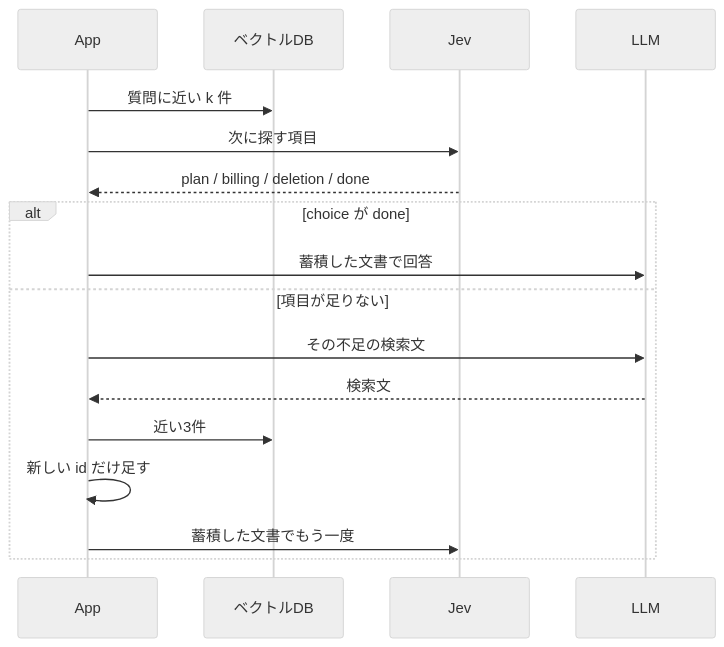
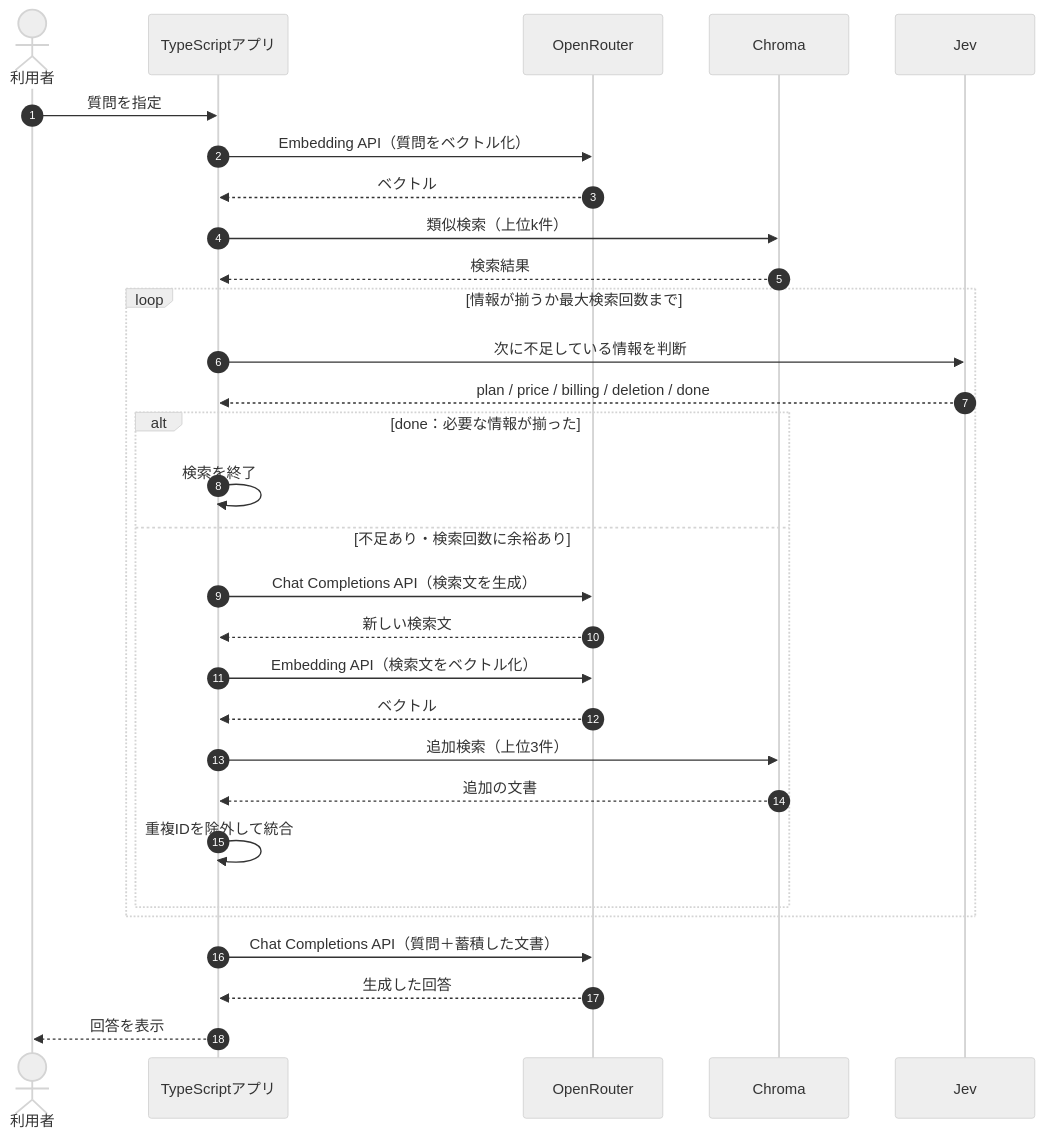
The diagram in books/cd019af39edb03/14-hop.md (kouji0705/rag-study), drawn with Mermaid (neutral theme) before and after one commit. The commit also changed other lines of this file and 18 other files, not shown here.

````diff
--- a/books/cd019af39edb03/14-hop.md
+++ b/books/cd019af39edb03/14-hop.md
@@ -27,19 +38,36 @@
-```mermaid
+```mermaid:
 sequenceDiagram
-    participant App
-    participant DB as ベクトルDB
-    participant Jev
-    participant LLM
-    App->>DB: 質問に近い k 件
-    App->>Jev: 次に探す項目
-    Jev-->>App: plan / billing / deletion / done
-    alt choice が done
-        App->>LLM: 蓄積した文書で回答
-    else 項目が足りない
-        App->>LLM: その不足の検索文
-        LLM-->>App: 検索文
-        App->>DB: 近い3件
-        App->>App: 新しい id だけ足す
-        App->>Jev: 蓄積した文書でもう一度
+    autonumber
+    actor User as 利用者
+    participant App as TypeScriptアプリ
+    participant OR as OpenRouter
+    participant DB as Chroma
+    participant Jev as Jev
+
+    User->>App: 質問を指定
+    App->>OR: Embedding API（質問をベクトル化）
+    OR-->>App: ベクトル
+    App->>DB: 類似検索（上位k件）
+    DB-->>App: 検索結果
+
+    loop 情報が揃うか最大検索回数まで
+        App->>Jev: 次に不足している情報を判断
+        Jev-->>App: plan / price / billing / deletion / done
+
+        alt done：必要な情報が揃った
+            App->>App: 検索を終了
+        else 不足あり・検索回数に余裕あり
+            App->>OR: Chat Completions API（検索文を生成）
+            OR-->>App: 新しい検索文
+            App->>OR: Embedding API（検索文をベクトル化）
+            OR-->>App: ベクトル
+            App->>DB: 追加検索（上位3件）
+            DB-->>App: 追加の文書
+            App->>App: 重複IDを除外して統合
+        end
     end
+
+    App->>OR: Chat Completions API（質問＋蓄積した文書）
+    OR-->>App: 生成した回答
+    App-->>User: 回答を表示
 ```
````
